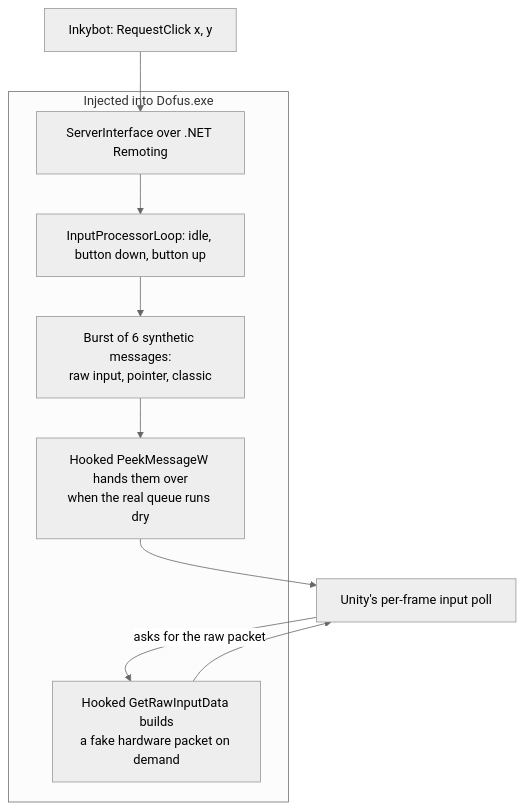
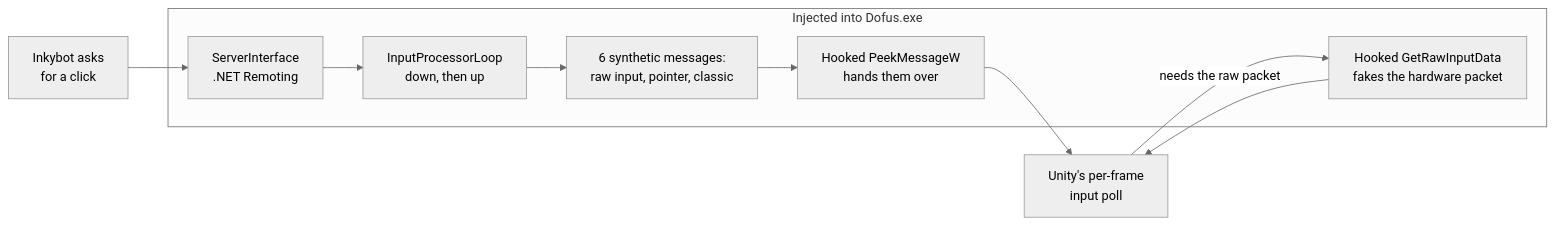
The second of 2 diagrams in README.md (kpolicar/inkybot), drawn with Mermaid (neutral theme) before and after one commit.

Commit message:
Lay out the input-hook diagram horizontally

````diff
--- a/README.md
+++ b/README.md
@@ -37,14 +37,14 @@
 ```mermaid
-flowchart TB
-    R["Inkybot: RequestClick x, y"]
+flowchart LR
+    R["Inkybot asks<br/>for a click"]
     subgraph Dofus["Injected into Dofus.exe"]
-        S[ServerInterface over .NET Remoting]
-        L[InputProcessorLoop: idle, button down, button up]
-        Q[Burst of 6 synthetic messages:<br/>raw input, pointer, classic]
-        P[Hooked PeekMessageW hands them over<br/>when the real queue runs dry]
-        G[Hooked GetRawInputData builds<br/>a fake hardware packet on demand]
+        S["ServerInterface<br/>.NET Remoting"]
+        L["InputProcessorLoop<br/>down, then up"]
+        Q["6 synthetic messages:<br/>raw input, pointer, classic"]
+        P["Hooked PeekMessageW<br/>hands them over"]
+        G["Hooked GetRawInputData<br/>fakes the hardware packet"]
     end
-    U[Unity's per-frame input poll]
+    U["Unity's per-frame<br/>input poll"]
     R --> S --> L --> Q --> P --> U
-    U -->|asks for the raw packet| G --> U
+    U -->|needs the raw packet| G --> U
 ```
````
